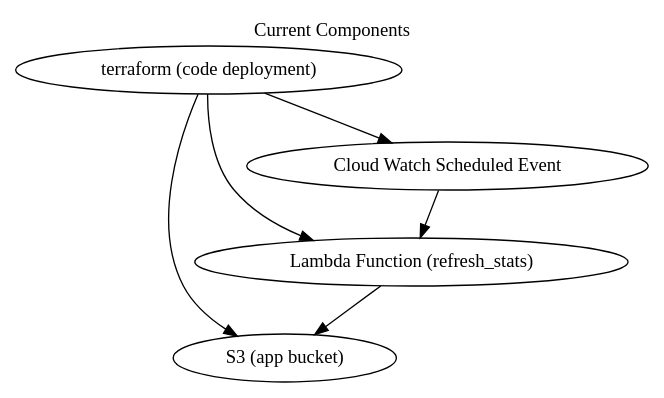
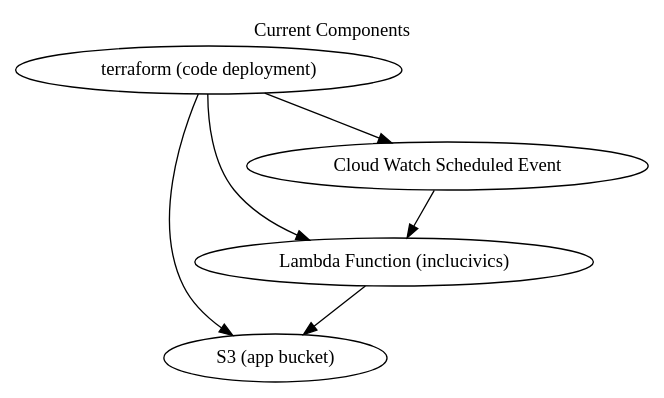
The diagram in docs/architecture.dot (code-for-nashville/inclucivics), drawn with Graphviz before and after one commit. The commit also changed 2 other files, not shown here.

Commit message:
replace refresh_stats with inclucivics in terraform specs

```diff
--- a/docs/architecture.dot
+++ b/docs/architecture.dot
@@ -1,11 +1,11 @@
 digraph {
   label="Current Components"
   labelloc=top
   tf [label = "terraform (code deployment)"]
   s3 [label = "S3 (app bucket)"]
-  lf [label = "Lambda Function (refresh_stats)"]
+  lf [label = "Lambda Function (inclucivics)"]
   cw [label = "Cloud Watch Scheduled Event"]
   tf -> cw -> lf -> s3
   tf -> lf
   tf -> s3
 }
```
